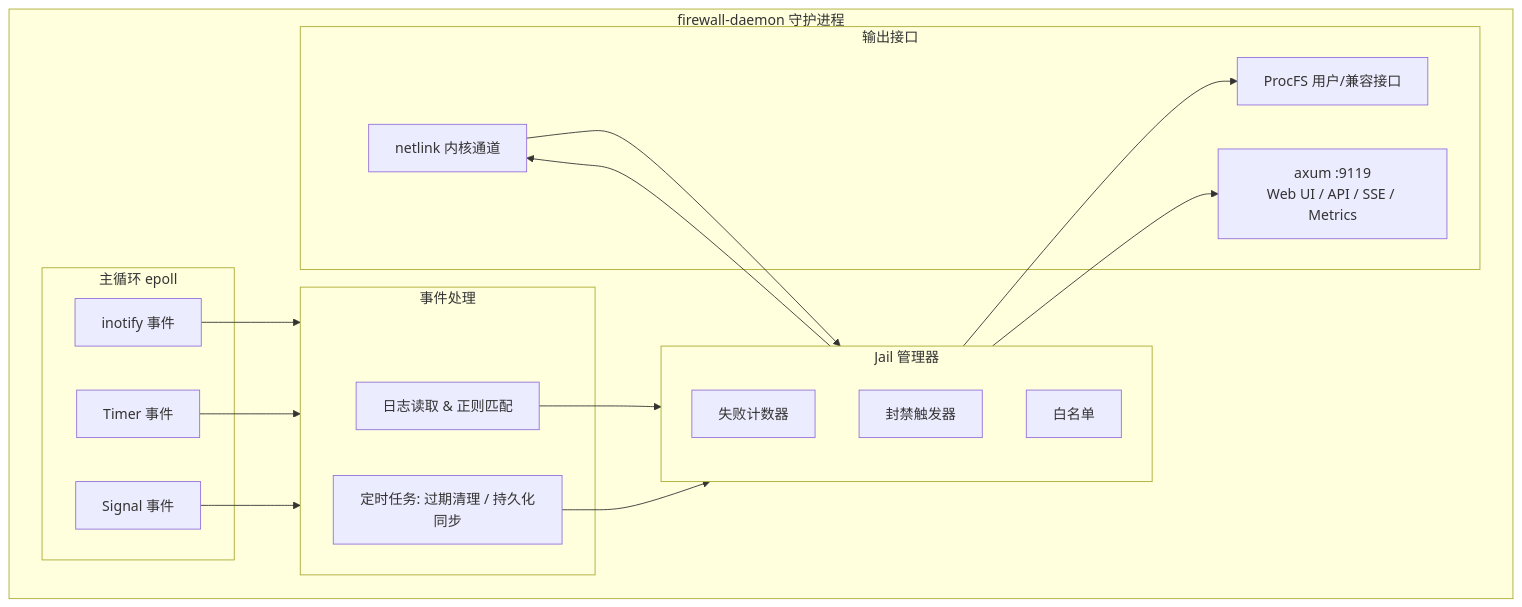
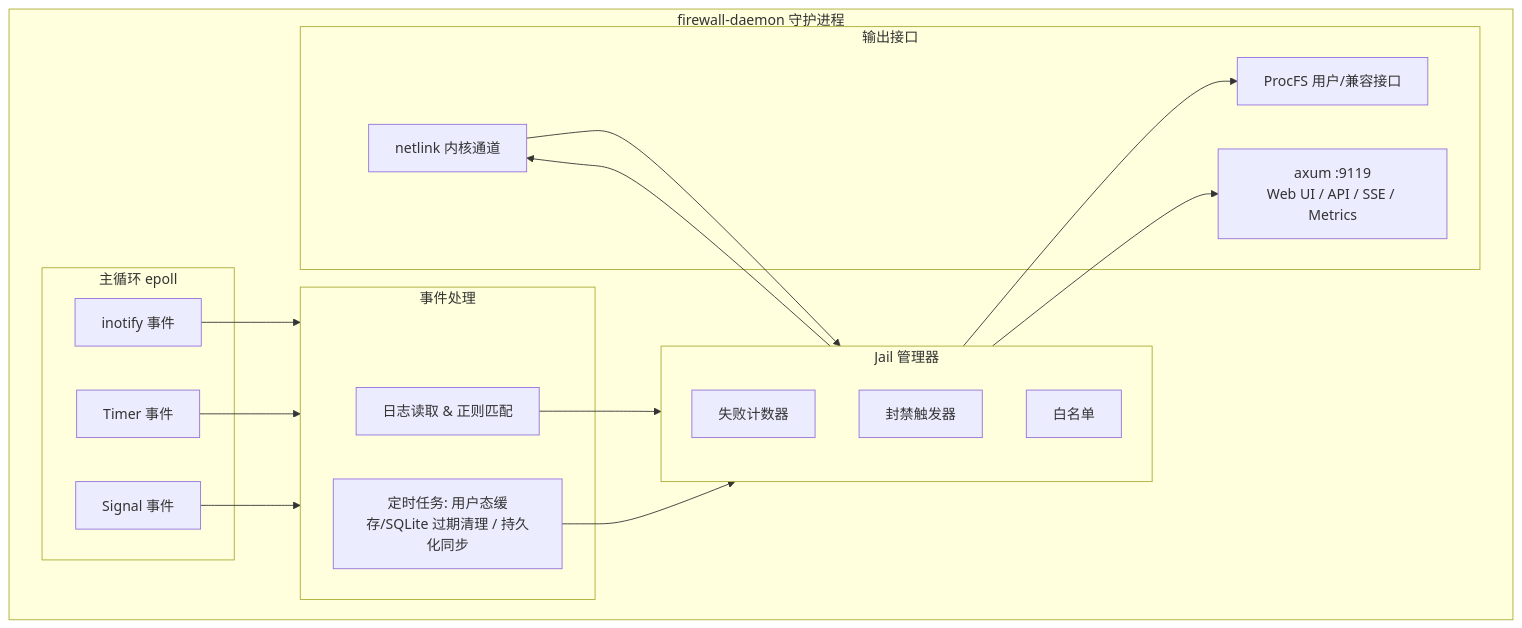
One commit to SnowCore8/linux-firewall-kmod changed the second of 7 diagrams in docs/zh/architecture/daemon.md. Above: the diagram before and after it, drawn with Mermaid. The commit also changed 9 other files, not shown here.

````diff
--- a/docs/zh/architecture/daemon.md
+++ b/docs/zh/architecture/daemon.md
@@ -102,37 +102,37 @@
 ```mermaid
 graph TB
     subgraph Daemon["firewall-daemon 守护进程"]
         subgraph MainLoop["主循环 epoll"]
             Inotify["inotify 事件"]
             Timer["Timer 事件"]
             Signal["Signal 事件"]
         end
         
         subgraph EventHandler["事件处理"]
             LogParser["日志读取 & 正则匹配"]
-            ScheduledTasks["定时任务: 过期清理 / 持久化同步"]
+            ScheduledTasks["定时任务: 用户态缓存/SQLite 过期清理 / 持久化同步"]
         end
         
         subgraph JailManager["Jail 管理器"]
             FailureCounter["失败计数器"]
             BanTrigger["封禁触发器"]
             Whitelist["白名单"]
         end
         
         subgraph Output["输出接口"]
             Netlink["netlink 内核通道"]
             ProcFS["ProcFS 用户/兼容接口"]
             HTTP["axum :9119<br/>Web UI / API / SSE / Metrics"]
         end
         
         Inotify --> EventHandler
         Timer --> EventHandler
         Signal --> EventHandler
         LogParser --> JailManager
         ScheduledTasks --> JailManager
         JailManager --> Netlink
         Netlink --> JailManager
         JailManager --> ProcFS
         JailManager --> HTTP
     end
 ```
````
